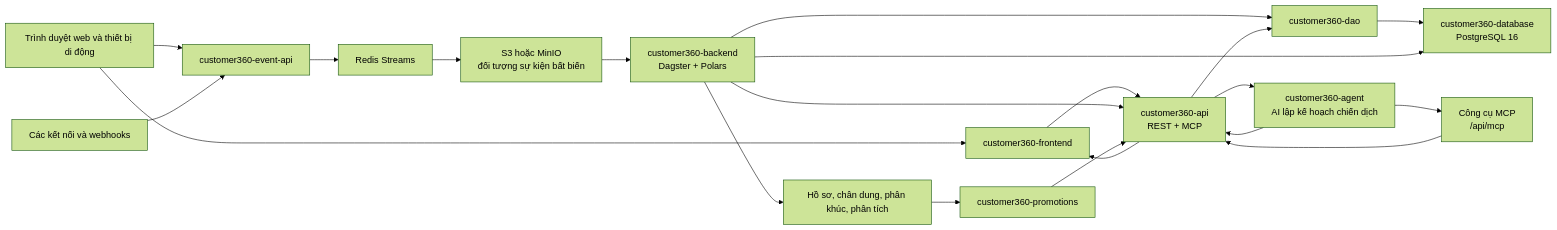
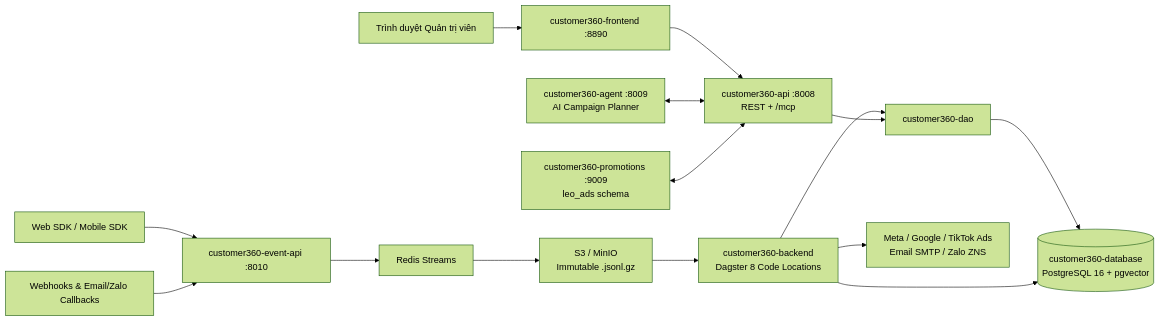
The second of 2 diagrams in README-vn.md (LEO-CDP/leo-customer360), drawn with Mermaid (forest theme) before and after one commit. The commit also changed other lines of this file and 36 other files, not shown here.

````diff
--- a/README-vn.md
+++ b/README-vn.md
@@ -43,27 +39,21 @@
 ```mermaid
 flowchart LR
-    Web[Trình duyệt web và thiết bị di động] --> Frontend[customer360-frontend]
-    Web --> Events[customer360-event-api]
-    External[Các kết nối và webhooks] --> Events
+    Web[Web SDK / Mobile SDK] --> Events[customer360-event-api :8010]
+    External[Webhooks & Email/Zalo Callbacks] --> Events
+    Browser[Trình duyệt Quản trị viên] --> Frontend[customer360-frontend :8890]
 
-    Frontend --> API[customer360-api\nREST + MCP]
-    Agent[customer360-agent\nAI lập kế hoạch chiến dịch] --> API
-    Agent --> MCP[Công cụ MCP\n/api/mcp]
-    MCP --> API
+    Frontend --> API[customer360-api :8008\nREST + /mcp]
+    Agent[customer360-agent :8009\nAI Campaign Planner] <--> API
 
     Events --> Stream[Redis Streams]
-    Stream --> Lake[S3 hoặc MinIO\nđối tượng sự kiện bất biến]
-    Lake --> Backend[customer360-backend\nDagster + Polars]
-    Backend --> API
+    Stream --> Lake[S3 / MinIO\nImmutable .jsonl.gz]
+    Lake --> Backend[customer360-backend\nDagster 8 Code Locations]
+
     Backend --> DAO[customer360-dao]
     API --> DAO
-    DAO --> DB[customer360-database\nPostgreSQL 16]
+    DAO --> DB[(customer360-database\nPostgreSQL 16 + pgvector)]
     Backend --> DB
 
-    Backend --> Segments[Hồ sơ, chân dung, phân khúc, phân tích]
-    Segments --> Promotions[customer360-promotions]
-    Promotions --> API
-    API --> Frontend
-    API --> Agent
-
+    Backend --> AdsSync[Meta / Google / TikTok Ads\nEmail SMTP / Zalo ZNS]
+    Promotions[customer360-promotions :9009\nleo_ads schema] <--> API
 ```
````
